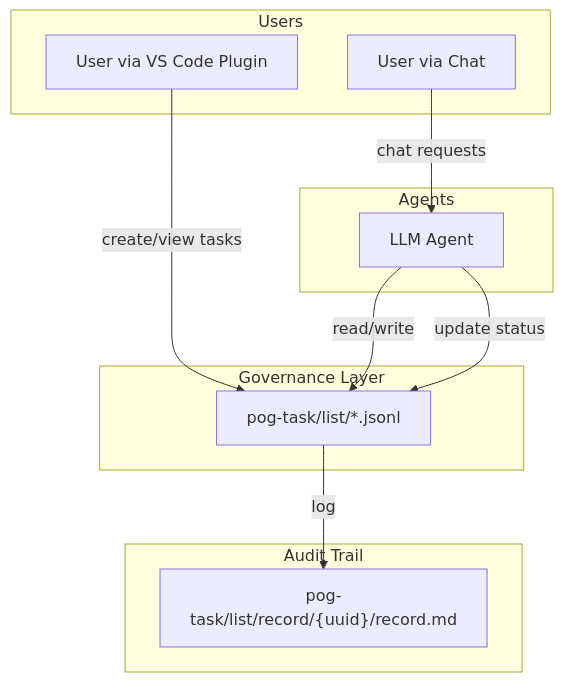
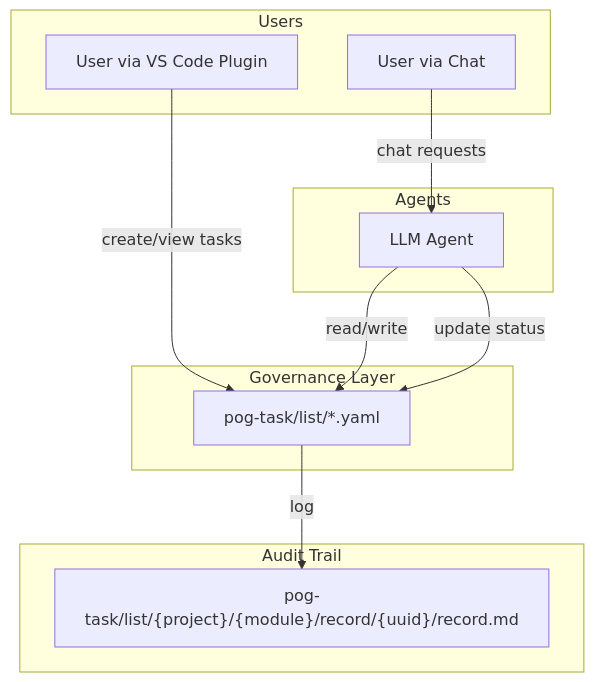
One commit to enjtorian/pog-task changed the second of 2 diagrams in docs/index.md. Above: the diagram before and after it, drawn with Mermaid. The commit also changed other lines of this file and 87 other files, not shown here.

````diff
--- a/docs/index.md
+++ b/docs/index.md
@@ -118,25 +118,25 @@
 ```mermaid
 flowchart TB
     subgraph Users
         U1[User via VS Code Plugin]
         U2[User via Chat]
     end
     
     subgraph Agents
         A1[LLM Agent]
     end
     
     subgraph Core["Governance Layer"]
-        TL[pog-task/list/*.jsonl]
+        TL[pog-task/list/*.yaml]
     end
     
     subgraph Records["Audit Trail"]
-        R1["pog-task/list/record/{uuid}/record.md"]
+        R1["pog-task/list/{project}/{module}/record/{uuid}/record.md"]
     end
 
     U1 -->|create/view tasks| TL
     U2 -->|chat requests| A1
     A1 -->|read/write| TL
     TL -->|log| R1
     A1 -->|update status| TL
 ```
````
